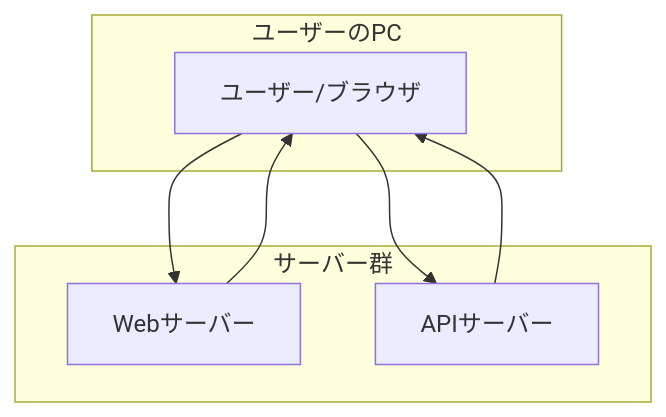
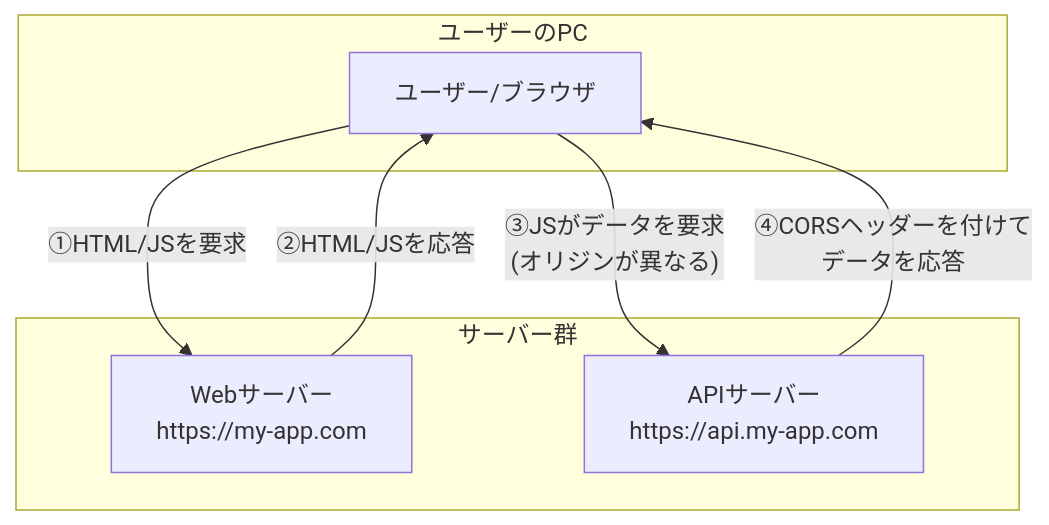
Before and after one commit to y-omasa-kbc/doc-manuals-tutorials: the diagram in general/web/about-cors.md, drawn with Mermaid. The commit also changed other lines of this file, not shown here.

````diff
--- a/general/web/about-cors.md
+++ b/general/web/about-cors.md
@@ -6,16 +6,16 @@
 ```mermaid
 graph TD  
     subgraph "ユーザーのPC"  
         User[ユーザー/ブラウザ]  
     end
 
     subgraph "サーバー群"  
-        WebServer[Webサーバー]  
-        ApiServer[APIサーバー]  
+        WebServer[Webサーバー<br>https://my-app.com]  
+        ApiServer[APIサーバー<br>https://api.my-app.com]  
     end
 
-    User --> WebServer
-    WebServer --> User  
-    User --> ApiServer  
-    ApiServer --> User
+    User -- ①HTML/JSを要求 --> WebServer
+    WebServer -- ②HTML/JSを応答 --> User  
+    User -- ③JSがデータを要求<br>(オリジンが異なる) --> ApiServer  
+    ApiServer -- ④CORSヘッダーを付けて<br>データを応答 --> User
 ```
````
